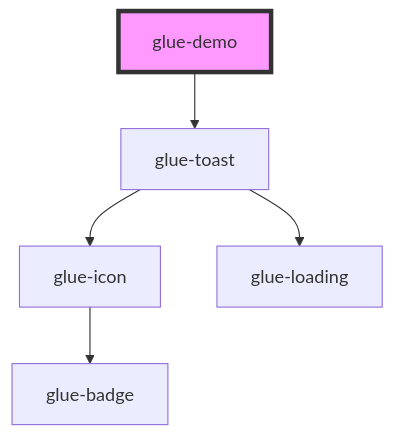
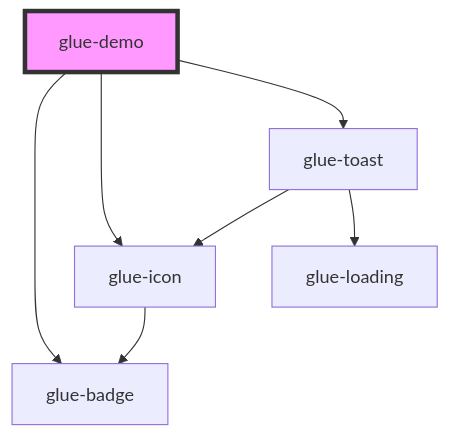
Before and after one commit to grasilife/glue: the diagram in packages/glue-components/src/components/glue-demo/readme.md, drawn with Mermaid. The commit also changed other lines of this file and 8 other files, not shown here.

````diff
--- a/packages/glue-components/src/components/glue-demo/readme.md
+++ b/packages/glue-components/src/components/glue-demo/readme.md
@@ -15,8 +17,10 @@
 ```mermaid
 graph TD;
+  glue-demo --> glue-badge
+  glue-demo --> glue-icon
   glue-demo --> glue-toast
+  glue-icon --> glue-badge
   glue-toast --> glue-icon
   glue-toast --> glue-loading
-  glue-icon --> glue-badge
   style glue-demo fill:#f9f,stroke:#333,stroke-width:4px
 ```
````
